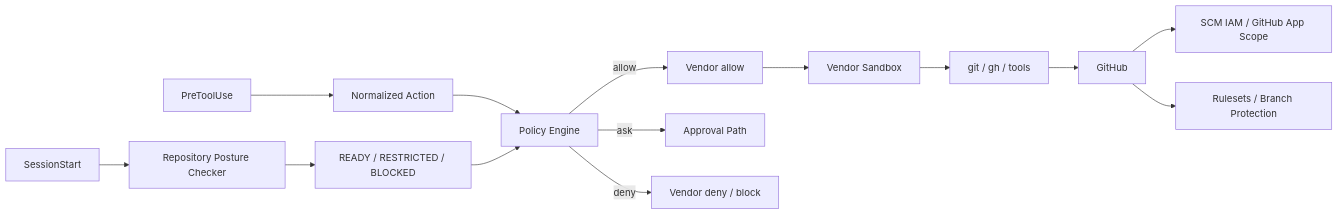
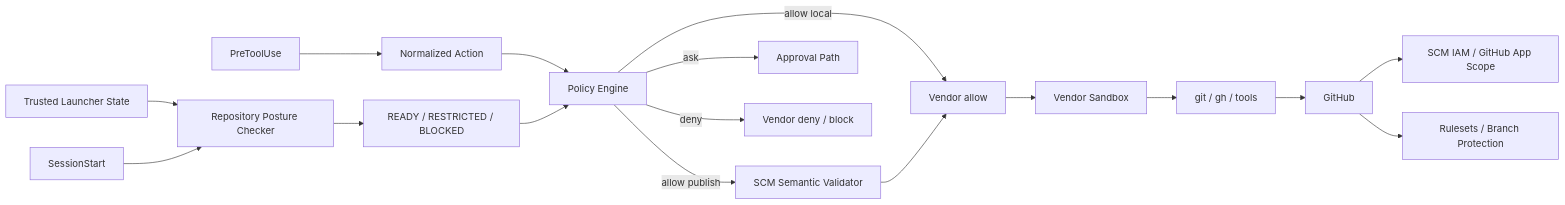
Before and after one commit to tomo-chan/agent-harness: the diagram in docs/ja/06-vendor-harnesses.md, drawn with Mermaid. The commit also changed other lines of this file, not shown here.

Commit message:
docs: Trusted RepositoryとCanonical SCM Validationを日本語Guideへ反映

````diff
--- a/docs/ja/06-vendor-harnesses.md
+++ b/docs/ja/06-vendor-harnesses.md
@@ -7,16 +7,19 @@
 ```mermaid
 flowchart LR
-    SS[SessionStart] --> RP[Repository Posture Checker]
+    TL[Trusted Launcher State] --> RP[Repository Posture Checker]
+    SS[SessionStart] --> RP
     RP --> ST[READY / RESTRICTED / BLOCKED]
     PT[PreToolUse] --> N[Normalized Action]
     N --> P[Policy Engine]
     ST --> P
-    P -->|allow| A[Vendor allow]
+    P -->|allow publish| SV[SCM Semantic Validator]
+    P -->|allow local| A[Vendor allow]
     P -->|ask| Q[Approval Path]
     P -->|deny| D[Vendor deny / block]
+    SV --> A
     A --> S[Vendor Sandbox]
     S --> T[git / gh / tools]
     T --> GH[GitHub]
     GH --> IAM[SCM IAM / GitHub App Scope]
     GH --> R[Rulesets / Branch Protection]
 ```
````
